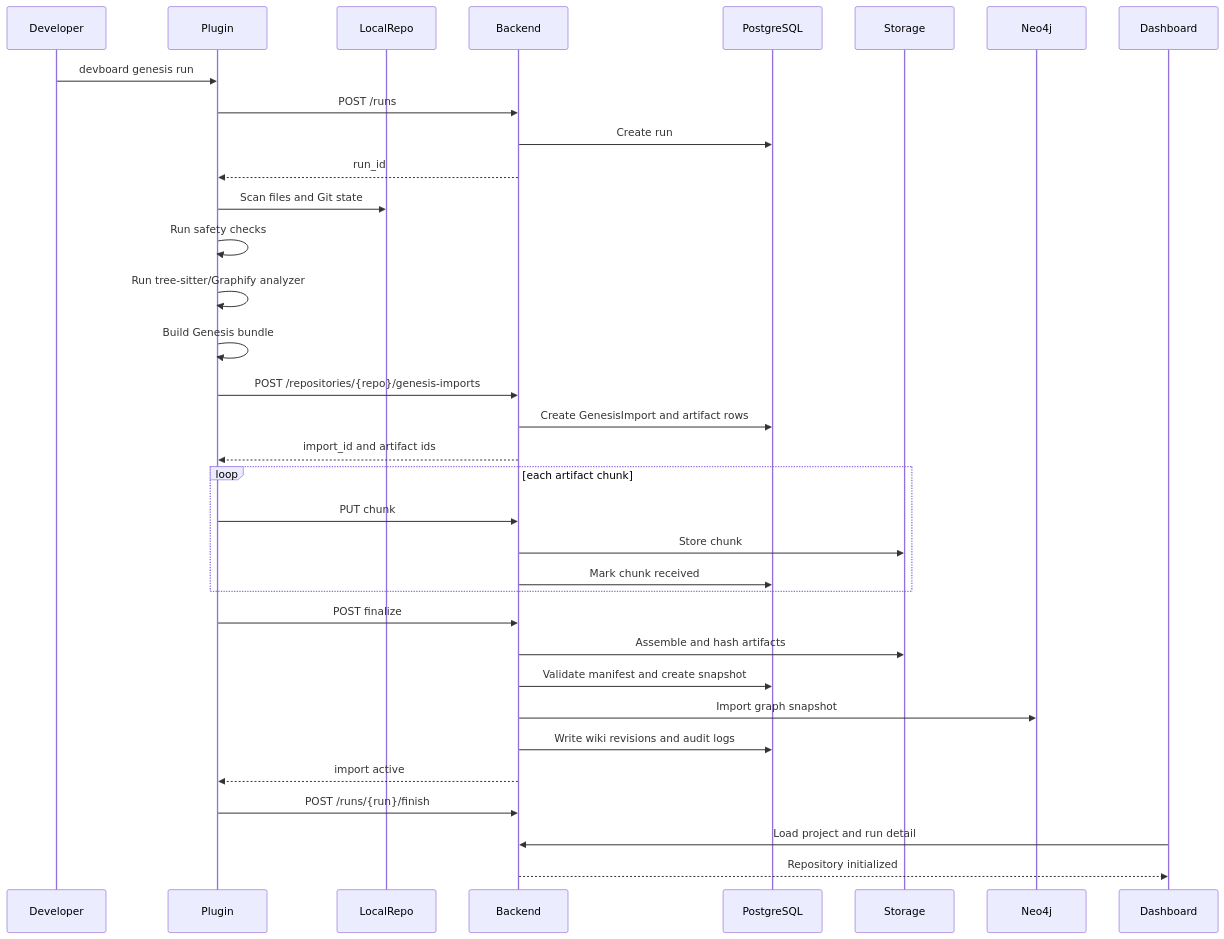
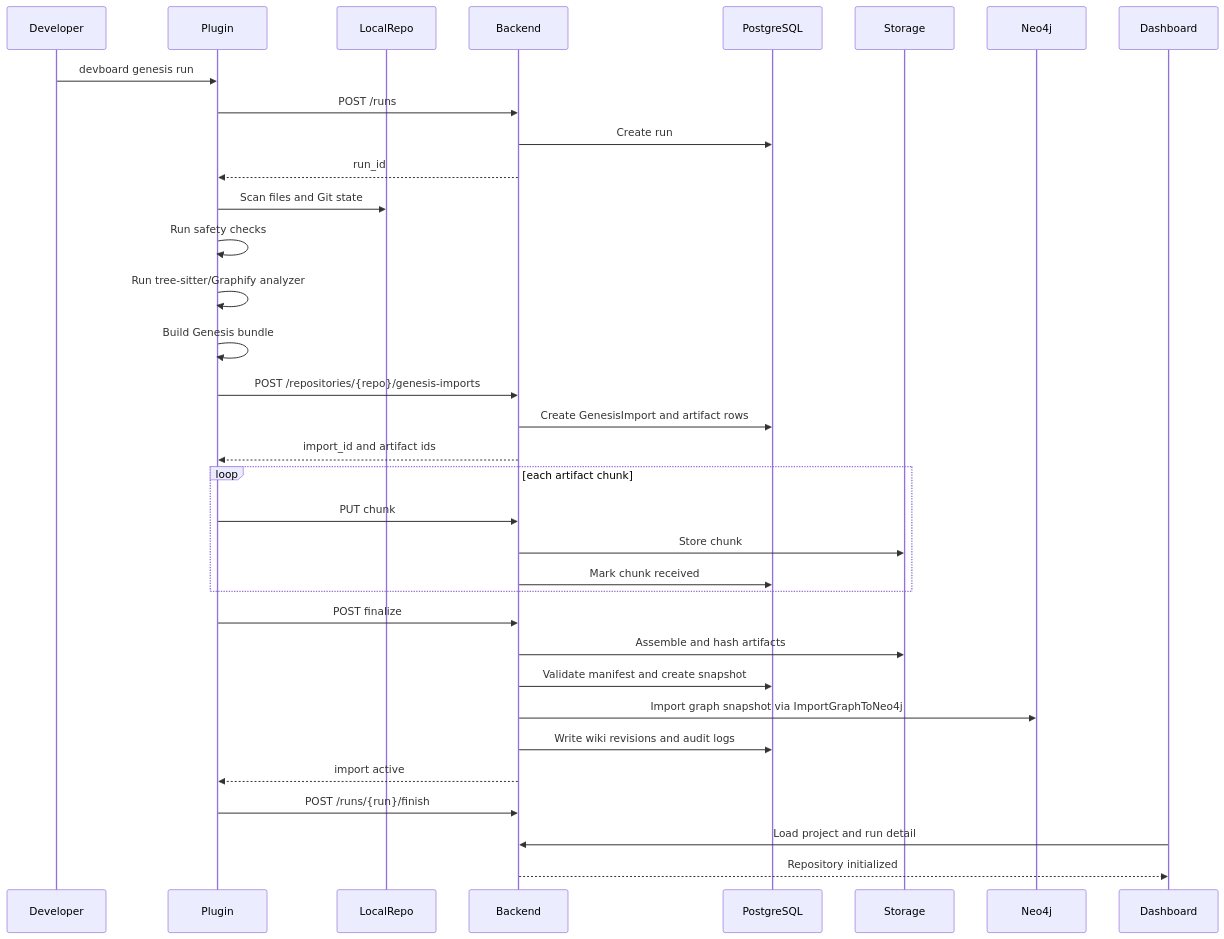
The third of 10 diagrams in docs/ai-devboard/10_RUNTIME_SEQUENCES.md (titagram/dev-sandbox), drawn with Mermaid before and after one commit. The commit also changed other lines of this file and 121 other files, not shown here.

````diff
--- a/docs/ai-devboard/10_RUNTIME_SEQUENCES.md
+++ b/docs/ai-devboard/10_RUNTIME_SEQUENCES.md
@@ -85,37 +85,37 @@
 ```mermaid
 sequenceDiagram
     participant Developer
     participant Plugin
     participant LocalRepo
     participant Backend
     participant PostgreSQL
     participant Storage
     participant Neo4j
     participant Dashboard
 
     Developer->>Plugin: devboard genesis run
     Plugin->>Backend: POST /runs
     Backend->>PostgreSQL: Create run
     Backend-->>Plugin: run_id
     Plugin->>LocalRepo: Scan files and Git state
     Plugin->>Plugin: Run safety checks
     Plugin->>Plugin: Run tree-sitter/Graphify analyzer
     Plugin->>Plugin: Build Genesis bundle
     Plugin->>Backend: POST /repositories/{repo}/genesis-imports
     Backend->>PostgreSQL: Create GenesisImport and artifact rows
     Backend-->>Plugin: import_id and artifact ids
     loop each artifact chunk
         Plugin->>Backend: PUT chunk
         Backend->>Storage: Store chunk
         Backend->>PostgreSQL: Mark chunk received
     end
     Plugin->>Backend: POST finalize
     Backend->>Storage: Assemble and hash artifacts
     Backend->>PostgreSQL: Validate manifest and create snapshot
-    Backend->>Neo4j: Import graph snapshot
+    Backend->>Neo4j: Import graph snapshot via ImportGraphToNeo4j
     Backend->>PostgreSQL: Write wiki revisions and audit logs
     Backend-->>Plugin: import active
     Plugin->>Backend: POST /runs/{run}/finish
     Dashboard->>Backend: Load project and run detail
     Backend-->>Dashboard: Repository initialized
 ```
````
